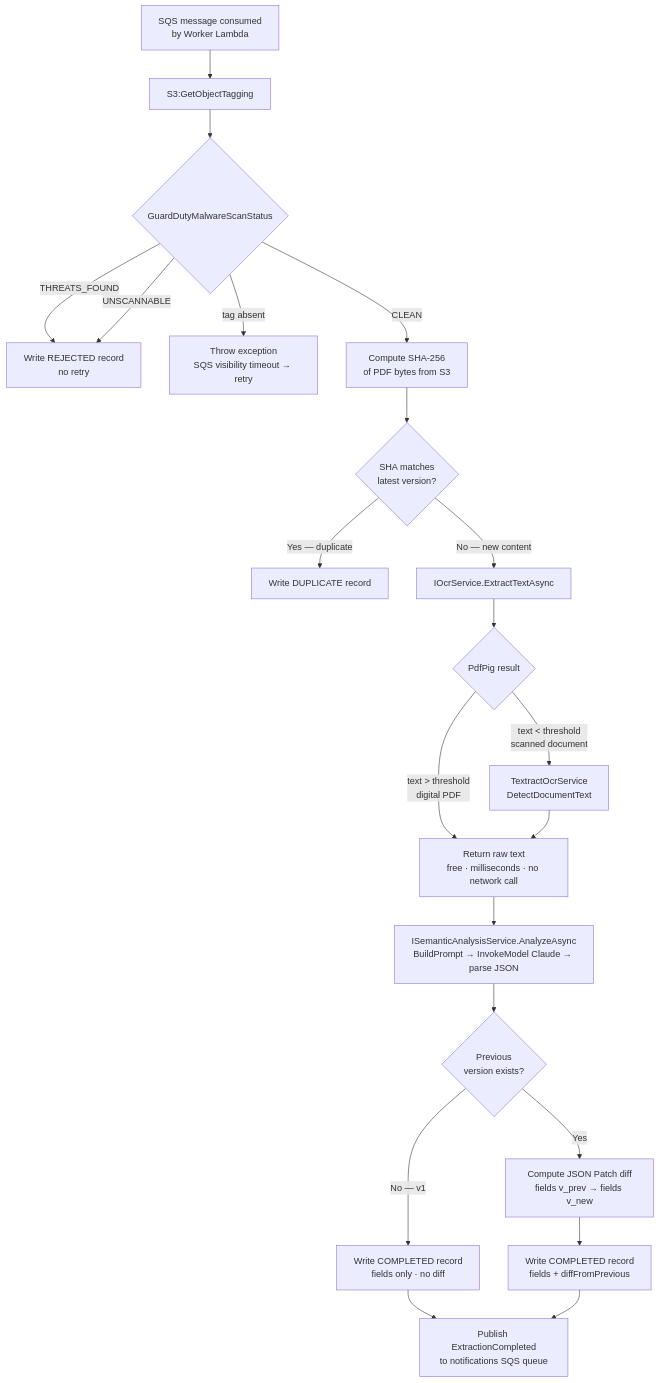
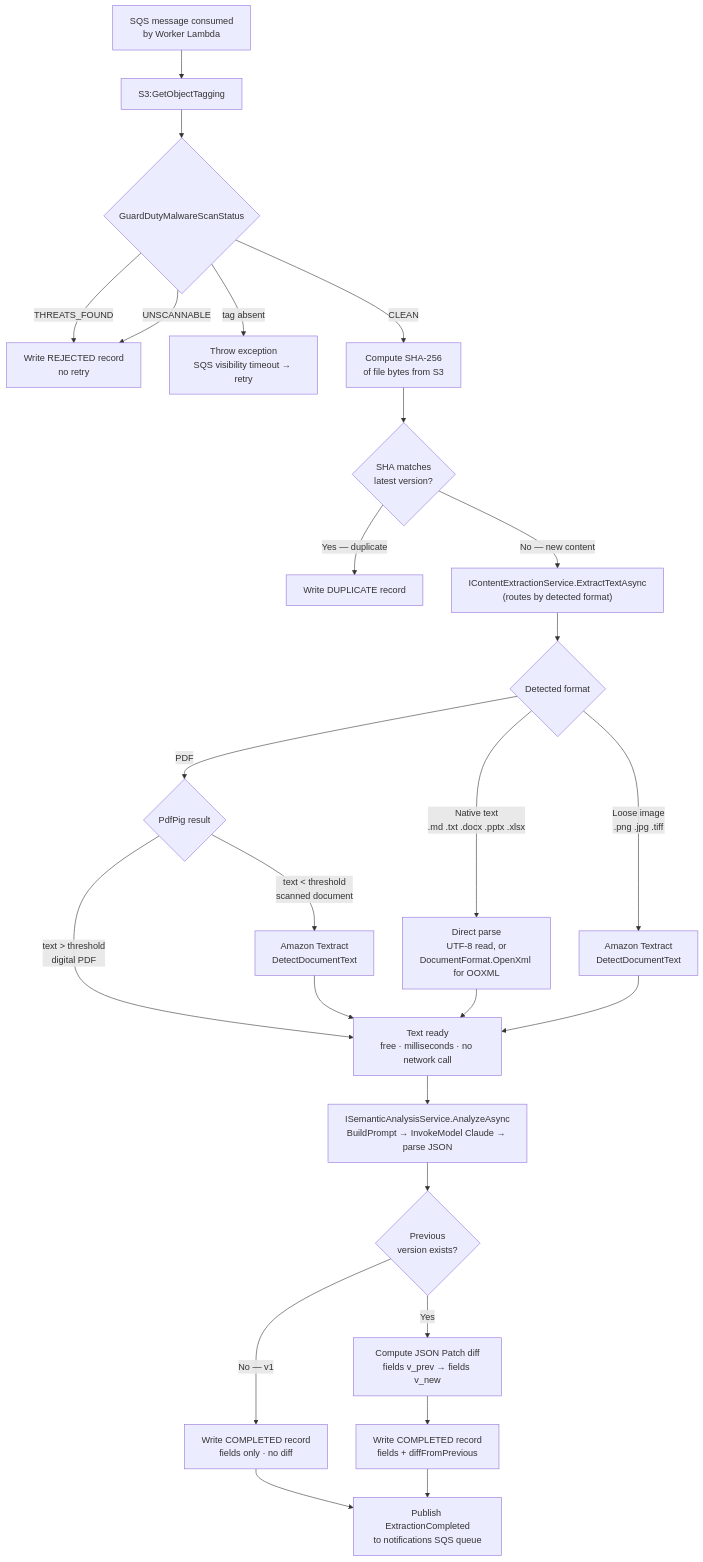
The fifth of 7 diagrams in docs/data-flow.md (cincuentaydos/DocLens.Docs), drawn with Mermaid before and after one commit. The commit also changed other lines of this file and 2 other files, not shown here.

Commit message:
other supported formats update

````diff
--- a/docs/data-flow.md
+++ b/docs/data-flow.md
@@ -117,26 +117,34 @@
 ```mermaid
 flowchart TD
     A["SQS message consumed\nby Worker Lambda"] --> B["S3:GetObjectTagging"]
     B --> C{GuardDutyMalwareScanStatus}
 
     C -->|THREATS_FOUND| D["Write REJECTED record\nno retry"]
     C -->|UNSCANNABLE| D
     C -->|tag absent| E["Throw exception\nSQS visibility timeout → retry"]
-    C -->|CLEAN| F["Compute SHA-256\nof PDF bytes from S3"]
+    C -->|CLEAN| F["Compute SHA-256\nof file bytes from S3"]
     F --> G{SHA matches\nlatest version?}
     G -->|Yes — duplicate| H["Write DUPLICATE record"]
-    G -->|No — new content| I["IOcrService.ExtractTextAsync"]
+    G -->|No — new content| I["IContentExtractionService.ExtractTextAsync\n(routes by detected format)"]
 
-    I --> J{PdfPig result}
-    J -->|"text > threshold\ndigital PDF"| K["Return raw text\nfree · milliseconds · no network call"]
-    J -->|"text < threshold\nscanned document"| L["TextractOcrService\nDetectDocumentText"]
+    I --> I2{Detected format}
+
+    I2 -->|PDF| J{PdfPig result}
+    J -->|"text > threshold\ndigital PDF"| K["Text ready\nfree · milliseconds · no network call"]
+    J -->|"text < threshold\nscanned document"| L["Amazon Textract\nDetectDocumentText"]
     L --> K
+
+    I2 -->|"Native text\n.md .txt .docx .pptx .xlsx"| K2["Direct parse\nUTF-8 read, or\nDocumentFormat.OpenXml for OOXML"]
+    K2 --> K
+
+    I2 -->|"Loose image\n.png .jpg .tiff"| L2["Amazon Textract\nDetectDocumentText"]
+    L2 --> K
 
     K --> M["ISemanticAnalysisService.AnalyzeAsync\nBuildPrompt → InvokeModel Claude → parse JSON"]
     M --> N{Previous\nversion exists?}
     N -->|No — v1| O["Write COMPLETED record\nfields only · no diff"]
     N -->|Yes| P["Compute JSON Patch diff\nfields v_prev → fields v_new"]
     P --> Q["Write COMPLETED record\nfields + diffFromPrevious"]
     O --> R["Publish ExtractionCompleted\nto notifications SQS queue"]
     Q --> R
 ```
````
